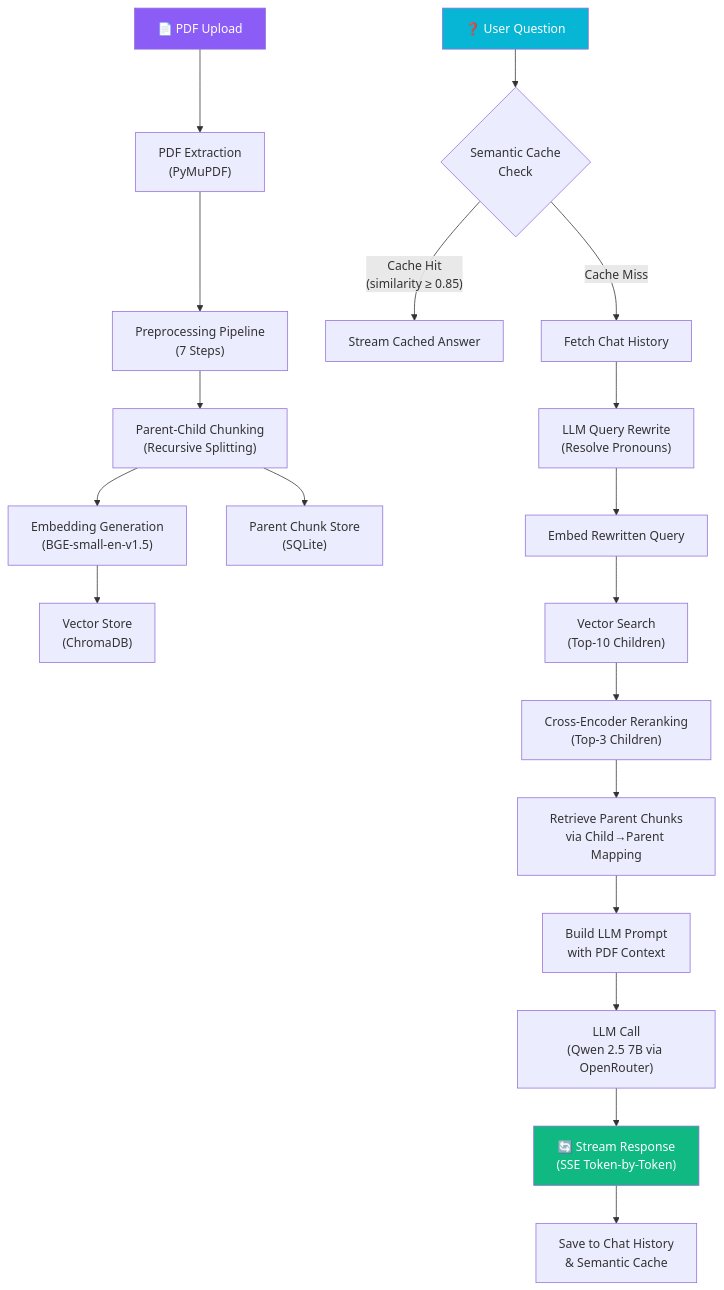
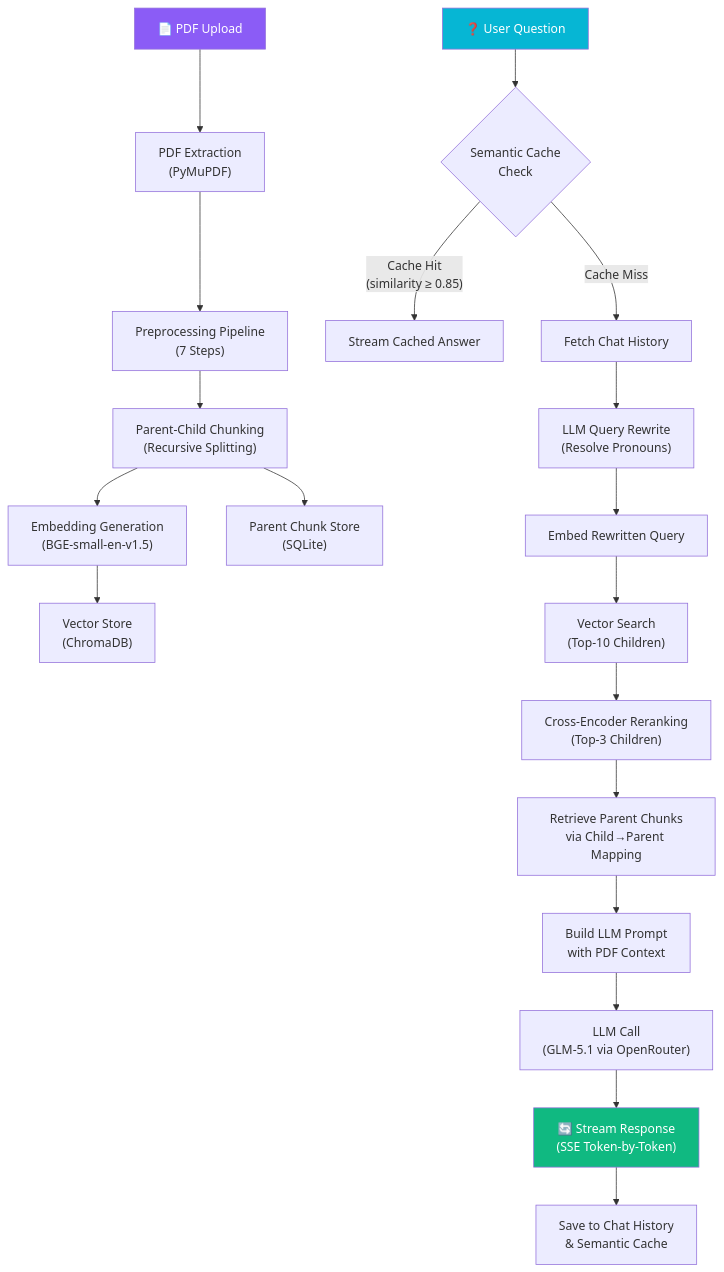
The diagram in README.md (Abdulwahab30/NB-LLM), drawn with Mermaid before and after one commit. The commit also changed other lines of this file and 1 other file, not shown here.

Commit message:
fix: use z-ai/glm-5.1 model consistently across the app

````diff
--- a/README.md
+++ b/README.md
@@ -11,26 +11,26 @@
 ```mermaid
 flowchart TD
     A["📄 PDF Upload"] --> B["PDF Extraction<br/>(PyMuPDF)"]
     B --> C["Preprocessing Pipeline<br/>(7 Steps)"]
     C --> D["Parent-Child Chunking<br/>(Recursive Splitting)"]
     D --> E["Embedding Generation<br/>(BGE-small-en-v1.5)"]
     E --> F["Vector Store<br/>(ChromaDB)"]
     D --> G["Parent Chunk Store<br/>(SQLite)"]
 
     H["❓ User Question"] --> I{"Semantic Cache<br/>Check"}
     I -- "Cache Hit<br/>(similarity ≥ 0.85)" --> J["Stream Cached Answer"]
     I -- "Cache Miss" --> K1["Fetch Chat History"]
     K1 --> K2["LLM Query Rewrite<br/>(Resolve Pronouns)"]
     K2 --> K["Embed Rewritten Query"]
     K --> L["Vector Search<br/>(Top-10 Children)"]
     L --> M["Cross-Encoder Reranking<br/>(Top-3 Children)"]
     M --> N["Retrieve Parent Chunks<br/>via Child→Parent Mapping"]
     N --> O["Build LLM Prompt<br/>with PDF Context"]
-    O --> P["LLM Call<br/>(Qwen 2.5 7B via OpenRouter)"]
+    O --> P["LLM Call<br/>(GLM-5.1 via OpenRouter)"]
     P --> Q["🔄 Stream Response<br/>(SSE Token-by-Token)"]
     Q --> R["Save to Chat History<br/>& Semantic Cache"]
 
     style A fill:#8b5cf6,color:#fff
     style H fill:#06b6d4,color:#fff
     style Q fill:#10b981,color:#fff
 ```
````
